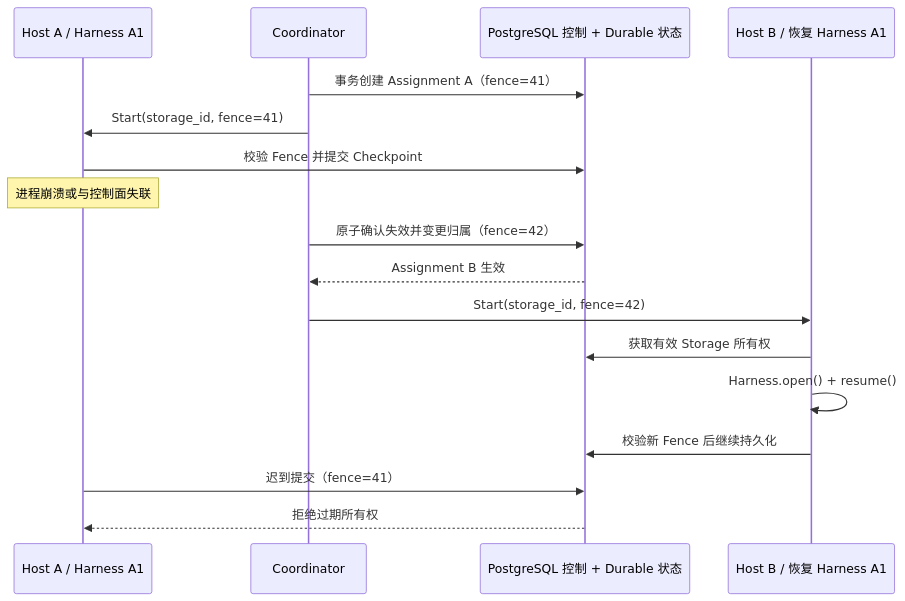
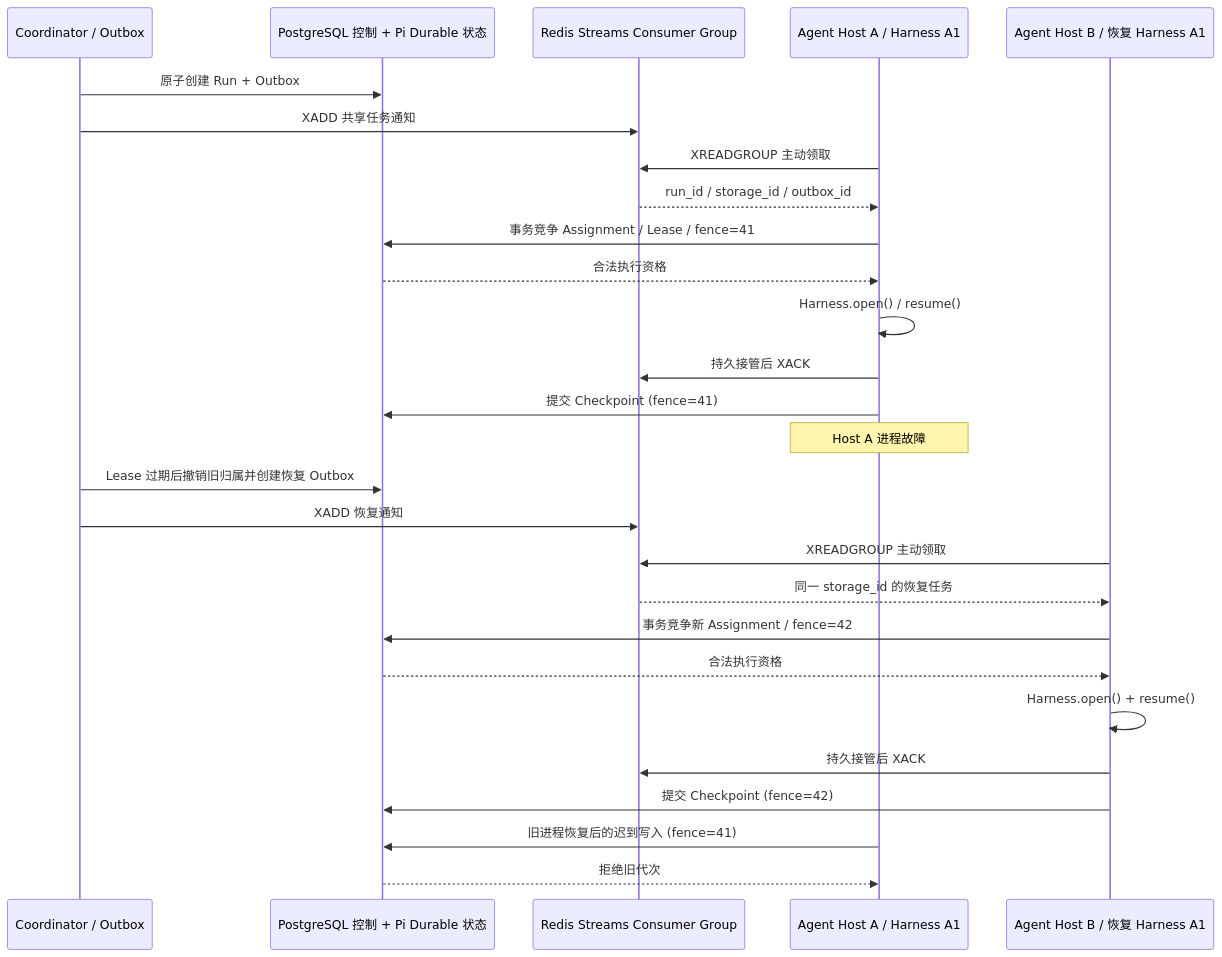
Before and after one commit to trojanbox/internal-ai-platform: the second of 2 diagrams in docs/distributed-agent-architecture.md, drawn with Mermaid. The commit also changed other lines of this file, not shown here.

Commit message:
docs: adopt Redis Streams competing-consumer task scheduling

```diff
--- a/docs/distributed-agent-architecture.md
+++ b/docs/distributed-agent-architecture.md
@@ -298,20 +329,30 @@
 ~~~mermaid
 sequenceDiagram
-    participant A as Host A / Harness A1
-    participant C as Coordinator
-    participant P as PostgreSQL 控制 + Durable 状态
-    participant B as Host B / 恢复 Harness A1
+    participant C as Coordinator / Outbox
+    participant P as PostgreSQL 控制 + Pi Durable 状态
+    participant S as Redis Streams Consumer Group
+    participant A as Agent Host A / Harness A1
+    participant B as Agent Host B / 恢复 Harness A1
 
-    C->>P: 事务创建 Assignment A（fence=41）
-    C->>A: Start(storage_id, fence=41)
-    A->>P: 校验 Fence 并提交 Checkpoint
-    Note over A: 进程崩溃或与控制面失联
-    C->>P: 原子确认失效并变更归属（fence=42）
-    P-->>C: Assignment B 生效
-    C->>B: Start(storage_id, fence=42)
-    B->>P: 获取有效 Storage 所有权
+    C->>P: 原子创建 Run + Outbox
+    C->>S: XADD 共享任务通知
+    A->>S: XREADGROUP 主动领取
+    S-->>A: run_id / storage_id / outbox_id
+    A->>P: 事务竞争 Assignment / Lease / fence=41
+    P-->>A: 合法执行资格
+    A->>A: Harness.open() / resume()
+    A->>S: 持久接管后 XACK
+    A->>P: 提交 Checkpoint (fence=41)
+    Note over A: Host A 进程故障
+    C->>P: Lease 过期后撤销旧归属并创建恢复 Outbox
+    C->>S: XADD 恢复通知
+    B->>S: XREADGROUP 主动领取
+    S-->>B: 同一 storage_id 的恢复任务
+    B->>P: 事务竞争新 Assignment / fence=42
+    P-->>B: 合法执行资格
     B->>B: Harness.open() + resume()
-    B->>P: 校验新 Fence 后继续持久化
-    A->>P: 迟到提交（fence=41）
-    P-->>A: 拒绝过期所有权
+    B->>S: 持久接管后 XACK
+    B->>P: 提交 Checkpoint (fence=42)
+    A->>P: 旧进程恢复后的迟到写入 (fence=41)
+    P-->>A: 拒绝旧代次
 ~~~
```
